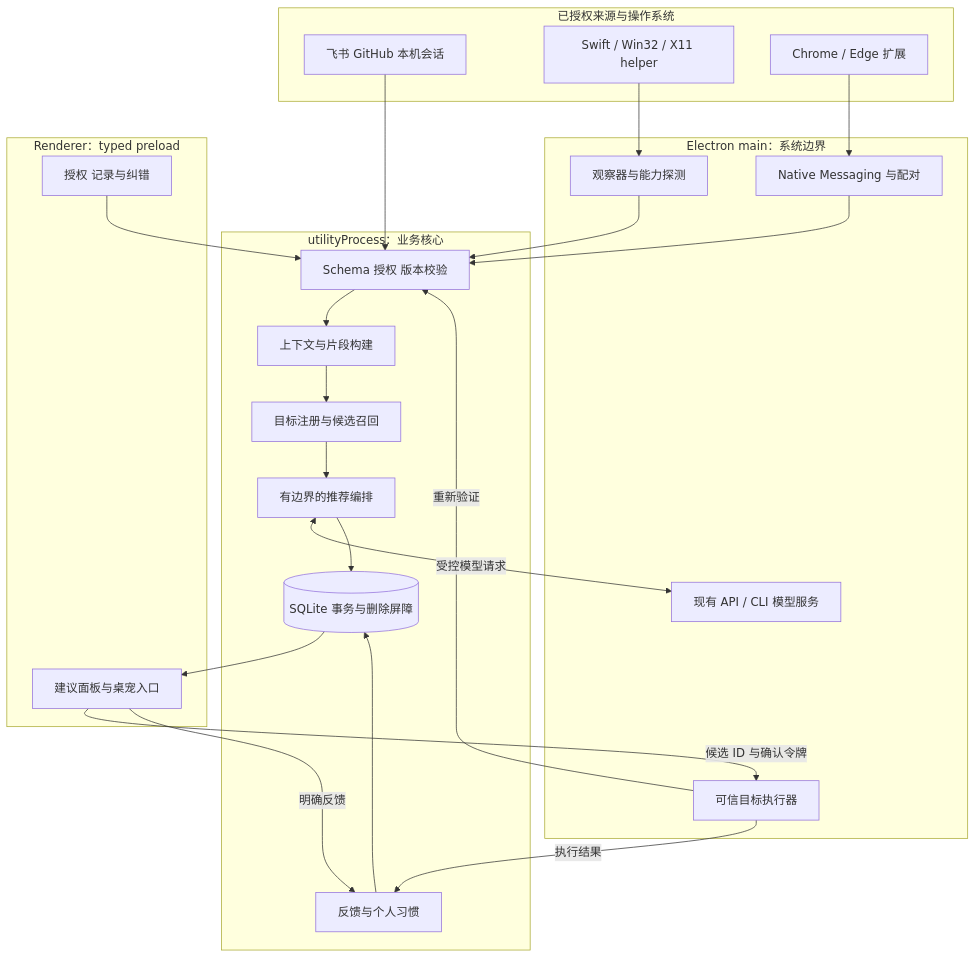
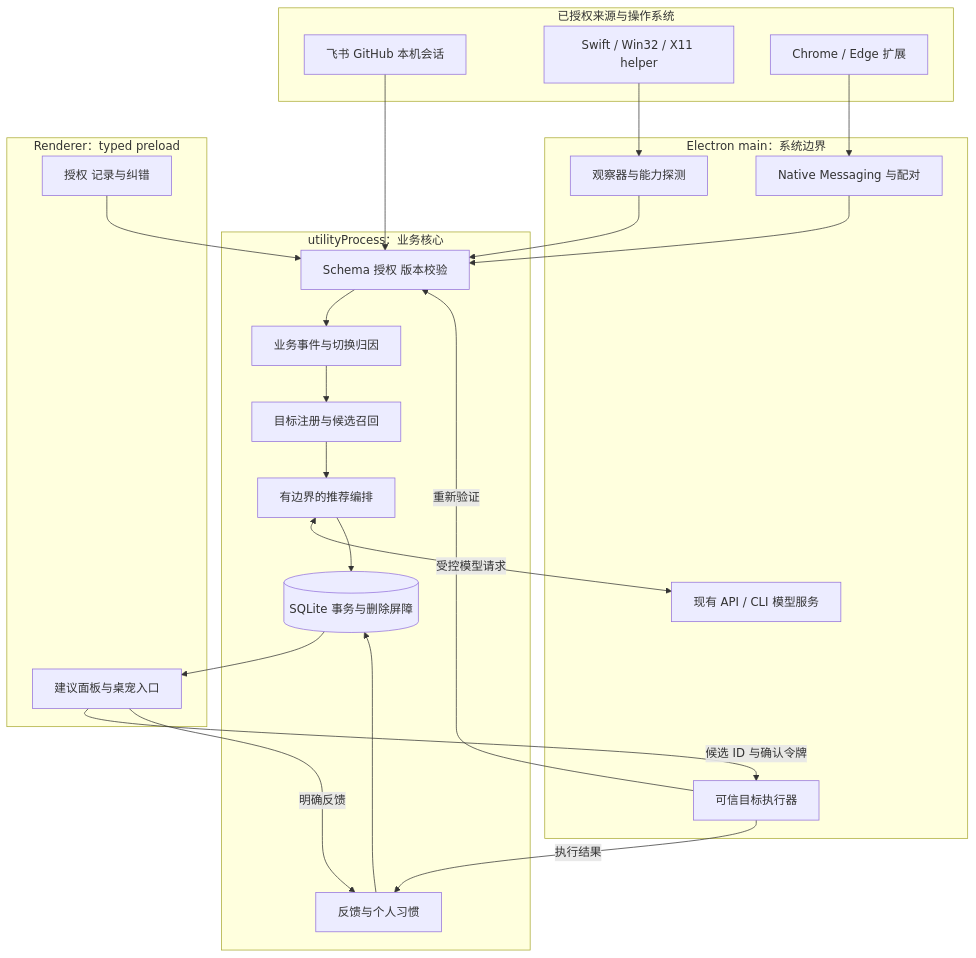
One commit to bread-ovO/bugu-notes changed the second of 5 diagrams in docs/product/BUGU_猜你想做_完整实现方案.md. Above: the diagram before and after it, drawn with Mermaid. The commit also changed other lines of this file, not shown here.

````diff
--- a/docs/product/BUGU_猜你想做_完整实现方案.md
+++ b/docs/product/BUGU_猜你想做_完整实现方案.md
@@ -227,39 +229,39 @@
 ```mermaid
 flowchart TB
   subgraph Outside[已授权来源与操作系统]
     Source[飞书 GitHub 本机会话]
     Native[Swift / Win32 / X11 helper]
     Browser[Chrome / Edge 扩展]
   end
   subgraph Main[Electron main：系统边界]
     Observe[观察器与能力探测]
     Host[Native Messaging 与配对]
     Broker[可信目标执行器]
     Provider[现有 API / CLI 模型服务]
   end
   subgraph Core[utilityProcess：业务核心]
     Gate[Schema 授权 版本校验]
-    Context[上下文与片段构建]
+    Context[业务事件与切换归因]
     Registry[目标注册与候选召回]
     Agent[有边界的推荐编排]
     Learn[反馈与个人习惯]
     DB[(SQLite 事务与删除屏障)]
   end
   subgraph UI[Renderer：typed preload]
     Panel[建议面板与桌宠入口]
     Settings[授权 记录与纠错]
   end
   Source --> Gate
   Native --> Observe --> Gate
   Browser --> Host --> Gate
   Gate --> Context --> Registry --> Agent
   Agent <-->|受控模型请求| Provider
   Agent --> DB
   Learn --> DB
   DB --> Panel
   Settings --> Gate
   Panel -->|候选 ID 与确认令牌| Broker
   Broker -->|重新验证| Gate
   Broker -->|执行结果| Learn
   Panel -->|明确反馈| Learn
 ```
````
